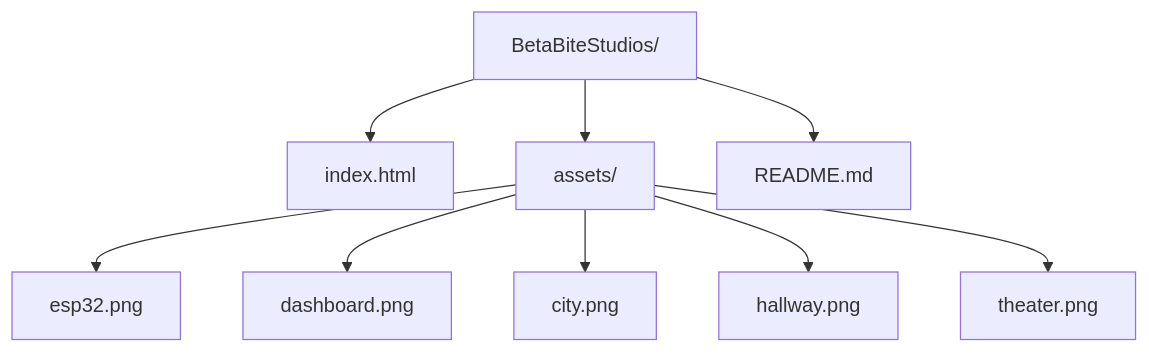
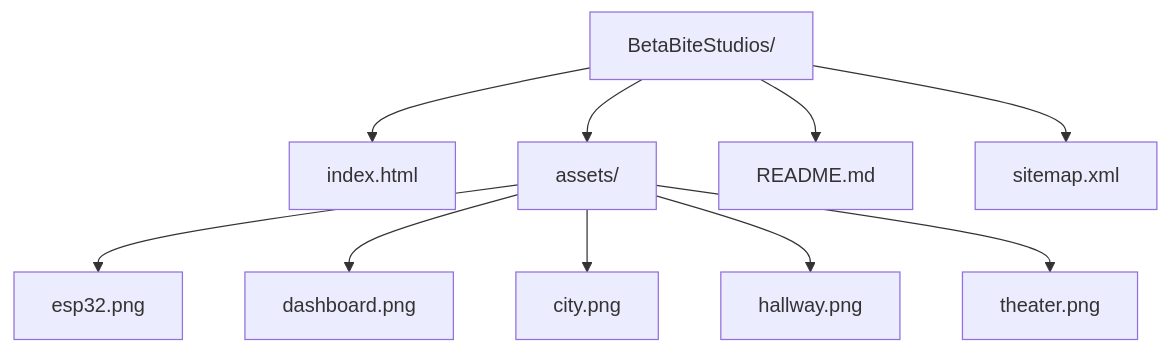
One commit to PhantomXReborn/BetaBite_Website changed the diagram in README.md. Above: the diagram before and after it, drawn with Mermaid. The commit also changed other lines of this file and 7 other files, not shown here.

````diff
--- a/README.md
+++ b/README.md
@@ -76,11 +76,12 @@
 ```mermaid
 graph TD
     A[BetaBiteStudios/] --> B[index.html]
     A --> C[assets/]
     C --> D[esp32.png]
     C --> E[dashboard.png]
     C --> F[city.png]
     C --> G[hallway.png]
     C --> H[theater.png]
     A --> I[README.md]
+    A --> J[sitemap.xml]
 ```
````
